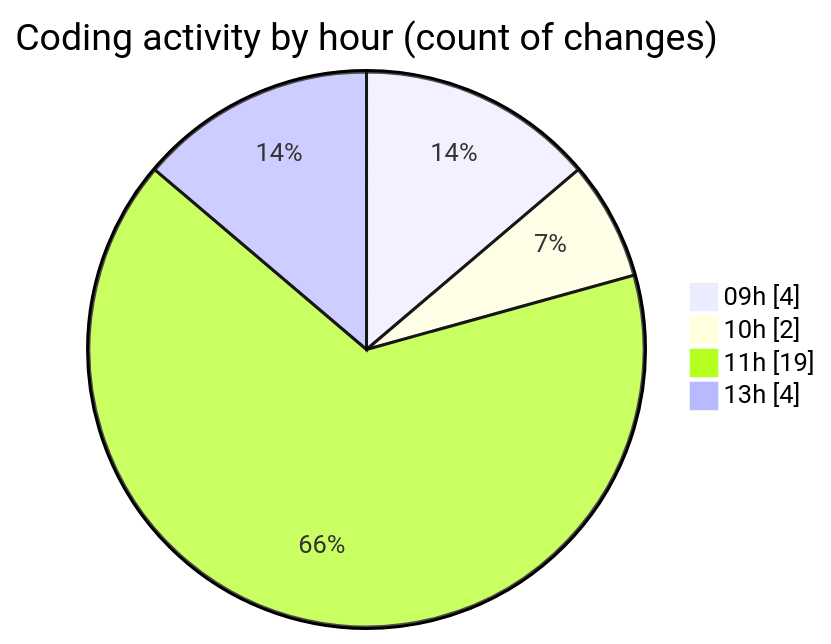
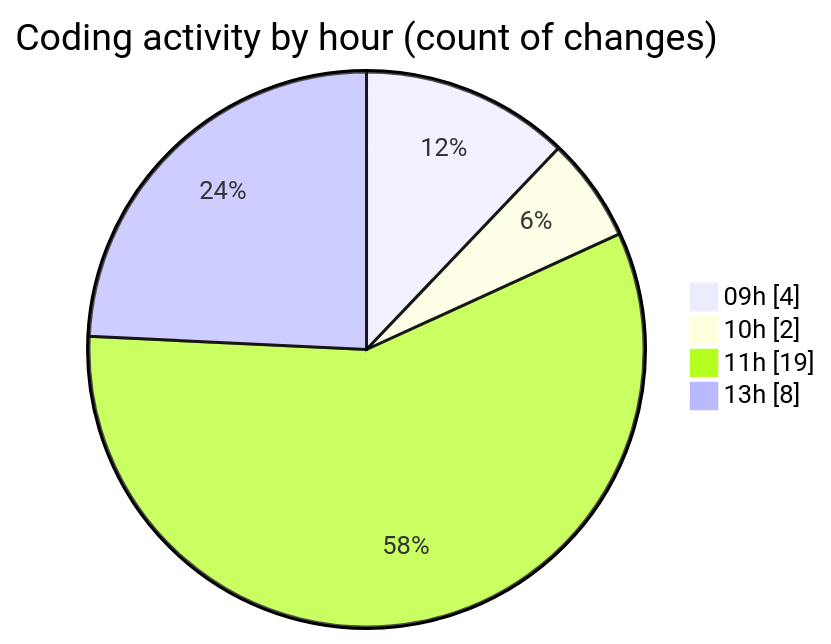
Before and after one commit to Elitesun/code-tracking: the second of 2 diagrams in 2025-05-03/niten/README.md, drawn with Mermaid. The commit also changed other lines of this file and 1 other file, not shown here.

````diff
--- a/2025-05-03/niten/README.md
+++ b/2025-05-03/niten/README.md
@@ -31,8 +31,8 @@
 ```mermaid
 pie showData
 title Coding activity by hour (count of changes)
 "09h" : 4
 "10h" : 2
 "11h" : 19
-"13h" : 4
+"13h" : 8
 ```
````
